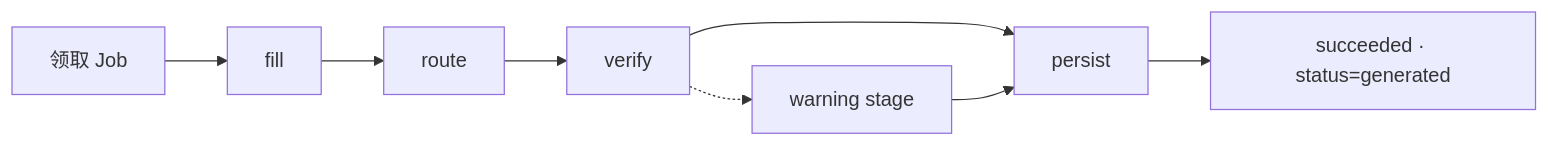
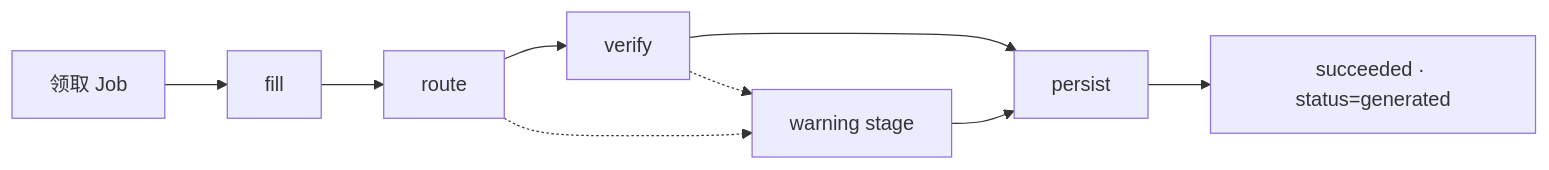
The first of 2 diagrams in .ad/specs/ai-travel-assistant/generation-mainline-hazards-and-collaboration-langgraph.md (dadamiaoza/TravelAgent-V3), drawn with Mermaid before and after one commit. The commit also changed other lines of this file and 18 other files, not shown here.

First line of the commit message:
Show route and verify degradations beside 已生成 (#45)

````diff
--- a/.ad/specs/ai-travel-assistant/generation-mainline-hazards-and-collaboration-langgraph.md
+++ b/.ad/specs/ai-travel-assistant/generation-mainline-hazards-and-collaboration-langgraph.md
@@ -36,10 +36,11 @@
 ```mermaid
 flowchart LR
   claim[领取 Job] --> fill[fill]
   fill --> route[route]
   route --> verify[verify]
   verify --> persist[persist]
-  verify -.-> warn[warning stage]
+  route -.-> warn[warning stage]
+  verify -.-> warn
   warn --> persist
   persist --> done[succeeded · status=generated]
 ```
````
